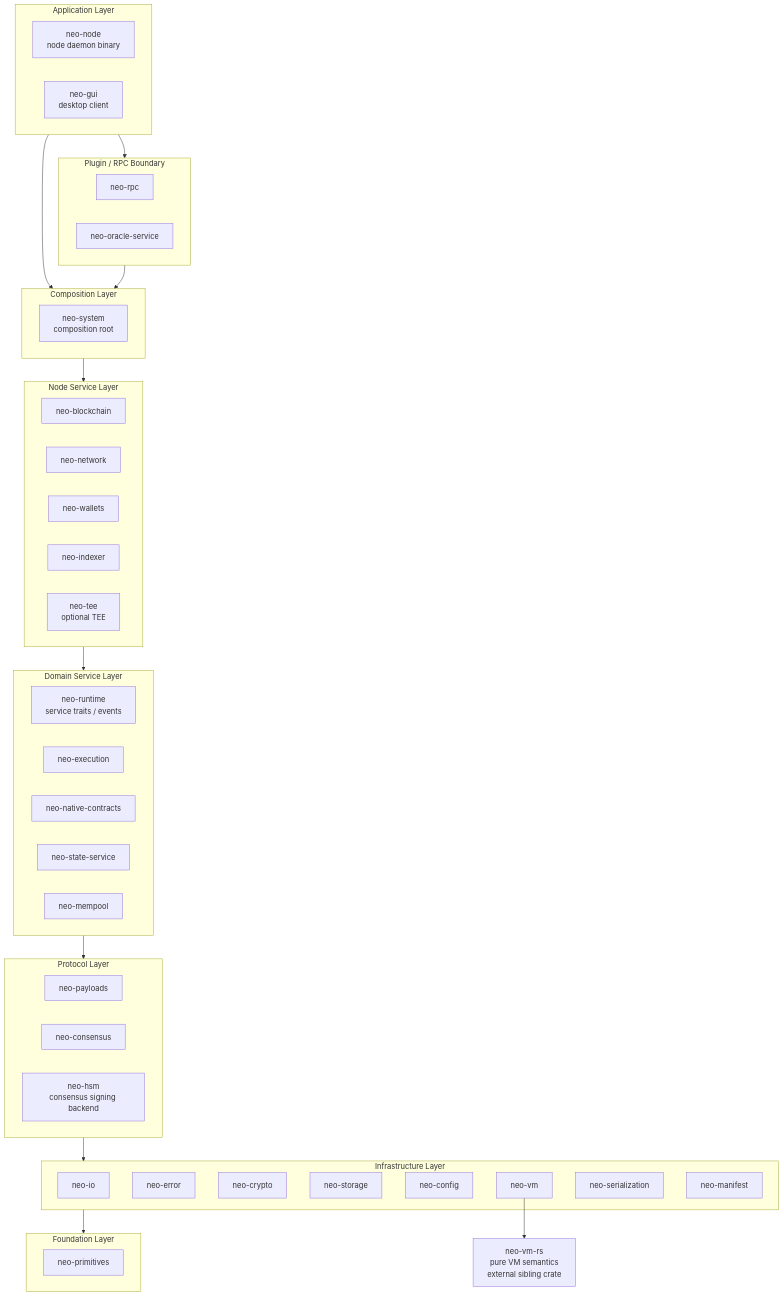
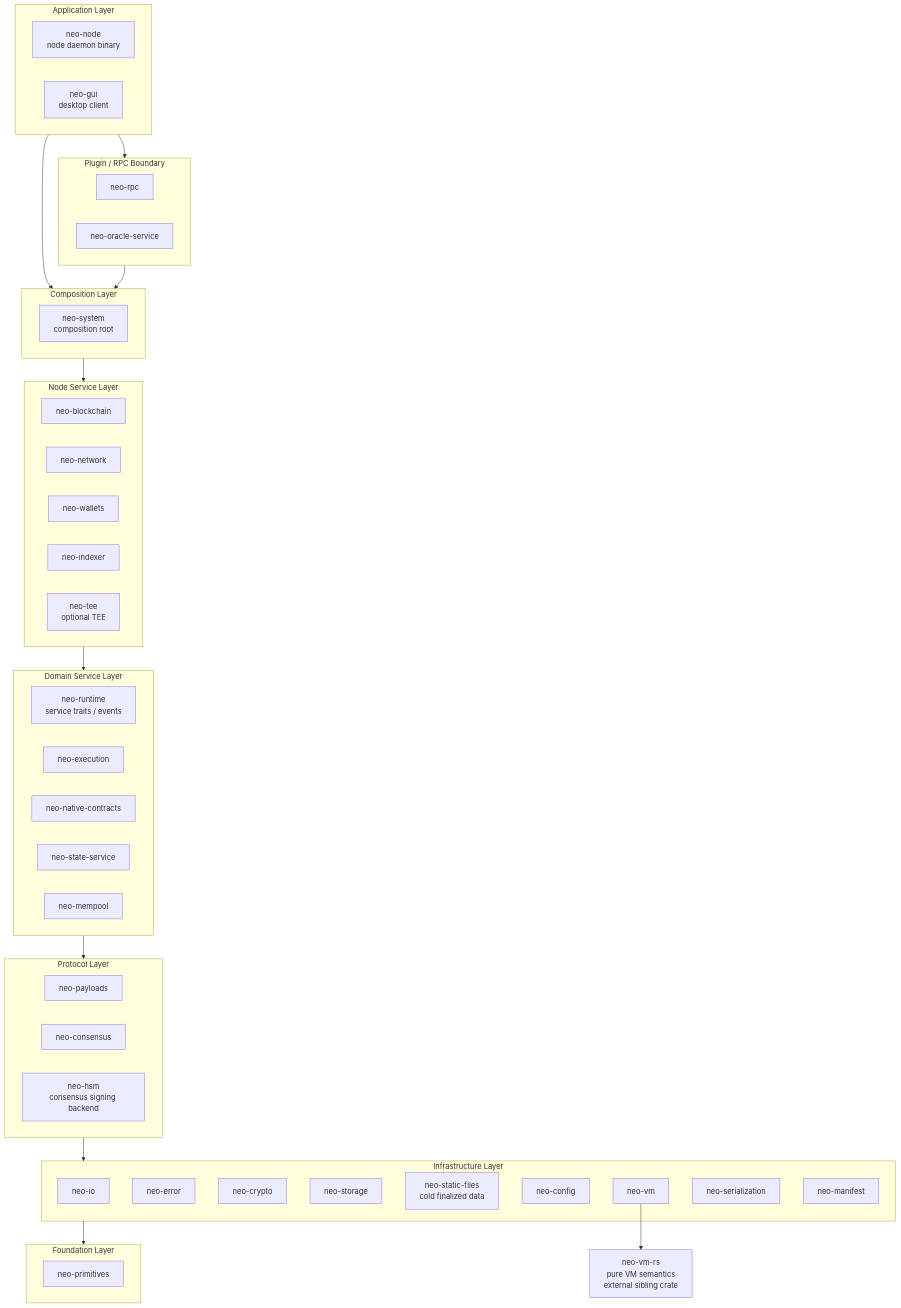
One commit to r3e-network/neo-rs changed the diagram in docs/architecture.md. Above: the diagram before and after it, drawn with Mermaid. The commit also changed other lines of this file, not shown here.

First line of the commit message:
Keep architecture docs aligned with static files crate

````diff
--- a/docs/architecture.md
+++ b/docs/architecture.md
@@ -24,65 +24,66 @@
 ```mermaid
 flowchart TD
     subgraph APP["Application Layer"]
         node[neo-node<br/>node daemon binary]
         gui[neo-gui<br/>desktop client]
     end
 
     subgraph PLUG["Plugin / RPC Boundary"]
         rpc[neo-rpc]
         oracle[neo-oracle-service]
     end
 
     subgraph COMP["Composition Layer"]
         system[neo-system<br/>composition root]
     end
 
     subgraph SVC["Node Service Layer"]
         blockchain[neo-blockchain]
         network[neo-network]
         wallets[neo-wallets]
         indexer[neo-indexer]
         tee[neo-tee<br/>optional TEE]
     end
 
     subgraph DOM["Domain Service Layer"]
         runtime[neo-runtime<br/>service traits / events]
         execution[neo-execution]
         natives[neo-native-contracts]
         state[neo-state-service]
         mempool[neo-mempool]
     end
 
     subgraph PROTO["Protocol Layer"]
         payloads[neo-payloads]
         consensus[neo-consensus]
         hsm[neo-hsm<br/>consensus signing backend]
     end
 
     subgraph INF["Infrastructure Layer"]
         io[neo-io]
         error[neo-error]
         crypto[neo-crypto]
         storage[neo-storage]
+        static_files[neo-static-files<br/>cold finalized data]
         config[neo-config]
         vm[neo-vm]
         serialization[neo-serialization]
         manifest[neo-manifest]
     end
 
     subgraph FND["Foundation Layer"]
         primitives[neo-primitives]
     end
 
     extvm[neo-vm-rs<br/>pure VM semantics<br/>external sibling crate]
 
     APP --> PLUG
     APP --> COMP
     PLUG --> COMP
     COMP --> SVC
     SVC --> DOM
     DOM --> PROTO
     PROTO --> INF
     INF --> FND
     vm --> extvm
 ```
````
